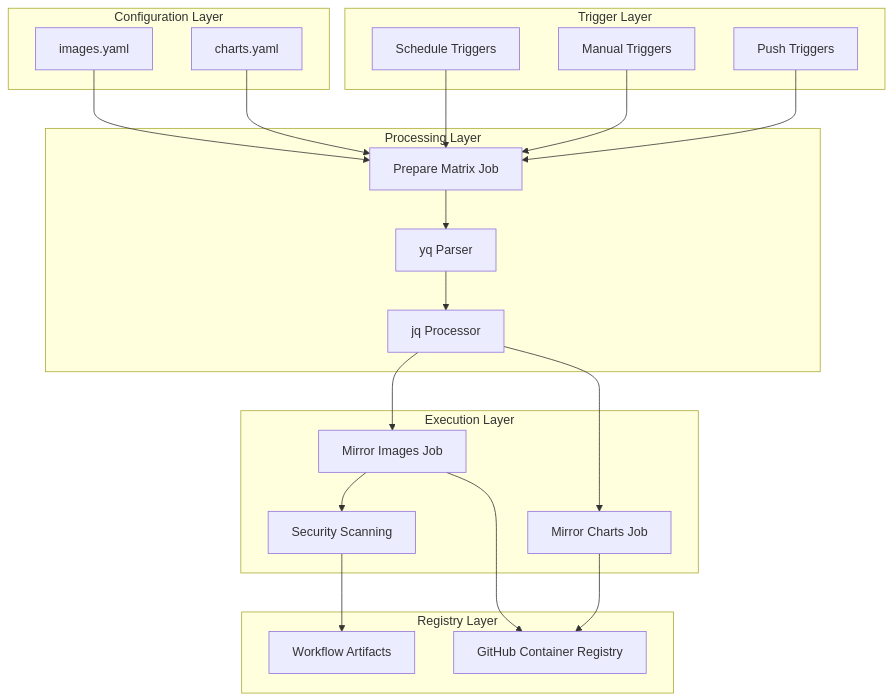
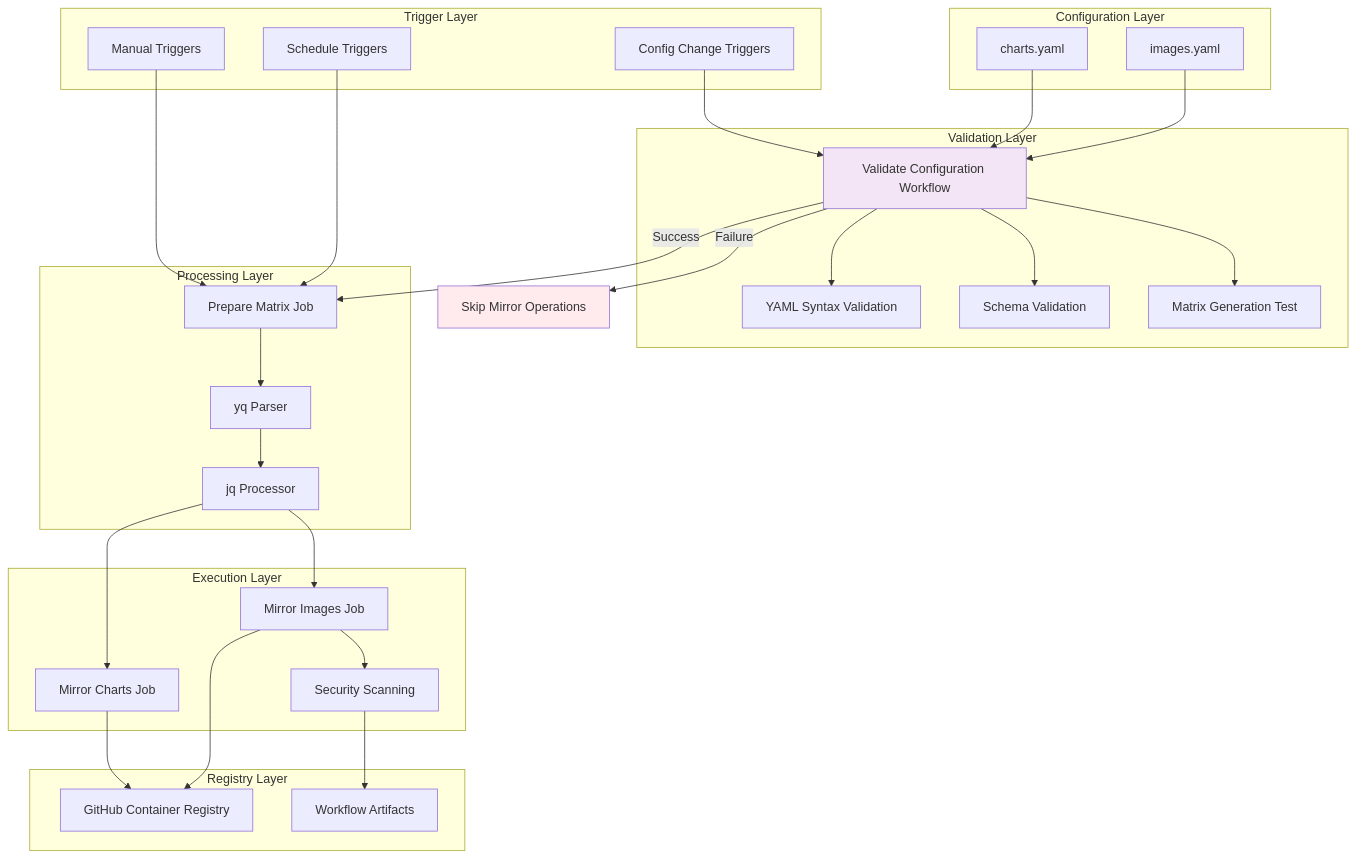
One commit to scalevector-io/artefact-mirror changed the first of 2 diagrams in Technical Documentation.md. Above: the diagram before and after it, drawn with Mermaid. The commit also changed other lines of this file and 11 other files, not shown here.

````diff
--- a/Technical Documentation.md
+++ b/Technical Documentation.md
@@ -21,46 +22,64 @@
 ```mermaid
 graph TB
     subgraph "Configuration Layer"
         IC[images.yaml]
         CC[charts.yaml]
     end
     
+    subgraph "Validation Layer"
+        VW[Validate Configuration Workflow]
+        VS[YAML Syntax Validation]
+        SC[Schema Validation]
+        MG[Matrix Generation Test]
+    end
+    
     subgraph "Trigger Layer"
         SCH[Schedule Triggers]
         MAN[Manual Triggers]
-        PUSH[Push Triggers]
+        CFG[Config Change Triggers]
     end
     
     subgraph "Processing Layer"
         PM[Prepare Matrix Job]
         YQ[yq Parser]
         JQ[jq Processor]
     end
     
     subgraph "Execution Layer"
         MI[Mirror Images Job]
         MC[Mirror Charts Job]
         SCAN[Security Scanning]
     end
     
     subgraph "Registry Layer"
         GHCR[GitHub Container Registry]
         ARTIFACTS[Workflow Artifacts]
     end
     
-    IC --> PM
-    CC --> PM
+    IC --> VW
+    CC --> VW
+    CFG --> VW
+    
+    VW --> VS
+    VW --> SC
+    VW --> MG
+    
+    VW -->|Success| PM
+    VW -->|Failure| SKIP[Skip Mirror Operations]
+    
     SCH --> PM
     MAN --> PM
-    PUSH --> PM
     
     PM --> YQ
     YQ --> JQ
     JQ --> MI
     JQ --> MC
     
     MI --> SCAN
     MI --> GHCR
     MC --> GHCR
     SCAN --> ARTIFACTS
+    
+    style VW fill:#f3e5f5
+    style SKIP fill:#ffebee
 ```
````
